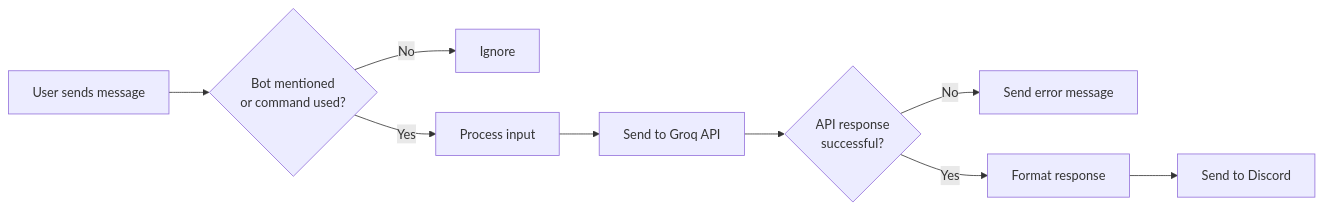
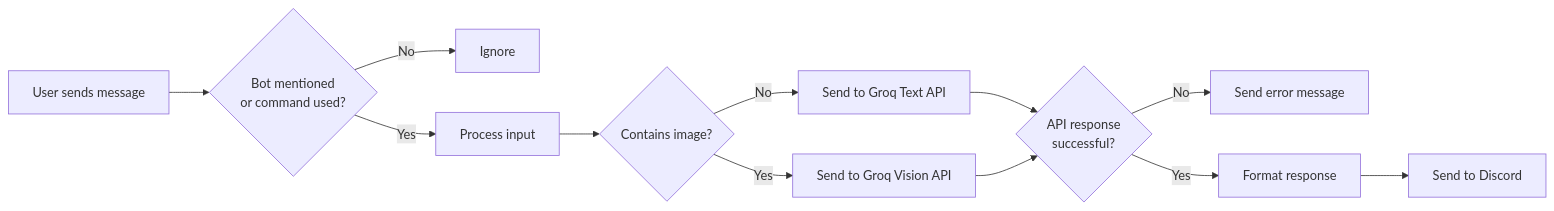
The diagram in README.md (spped2000/GroqDiscordAssistant), drawn with Mermaid before and after one commit. The commit also changed other lines of this file, not shown here.

````diff
--- a/README.md
+++ b/README.md
@@ -7,11 +7,14 @@
 ```mermaid
 flowchart LR
     A[User sends message] --> B{Bot mentioned\nor command used?}
     B -->|No| Z[Ignore]
     B -->|Yes| C[Process input]
-    C --> D[Send to Groq API]
-    D --> E{API response\nsuccessful?}
+    C --> C1{Contains image?}
+    C1 -->|No| D1[Send to Groq Text API]
+    C1 -->|Yes| D2[Send to Groq Vision API]
+    D1 --> E{API response\nsuccessful?}
+    D2 --> E
     E -->|No| F[Send error message]
     E -->|Yes| G[Format response]
     G --> H[Send to Discord]
 ```
````
